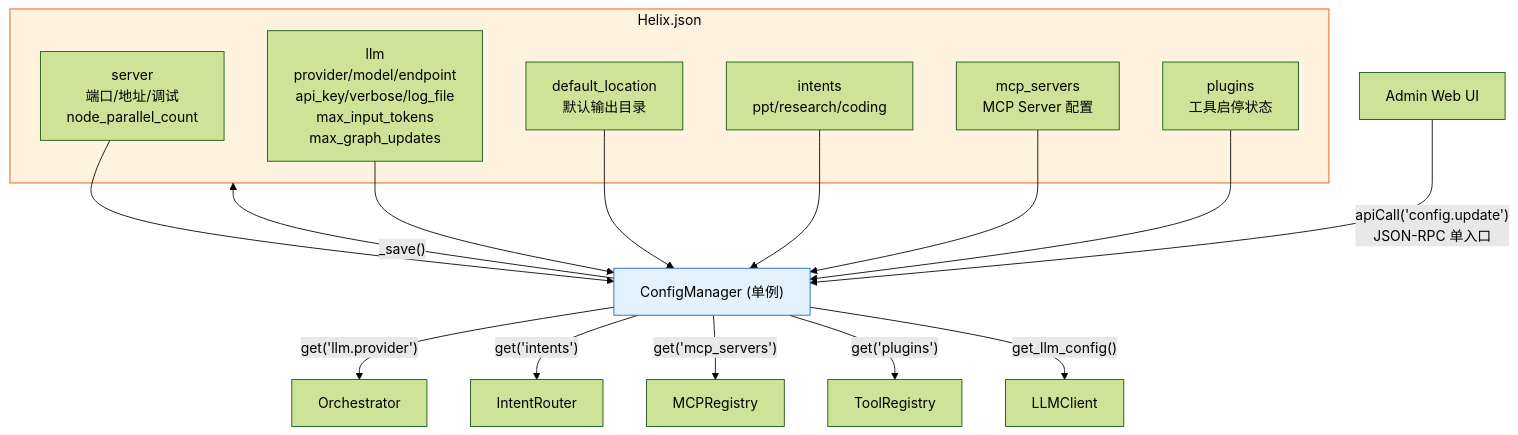
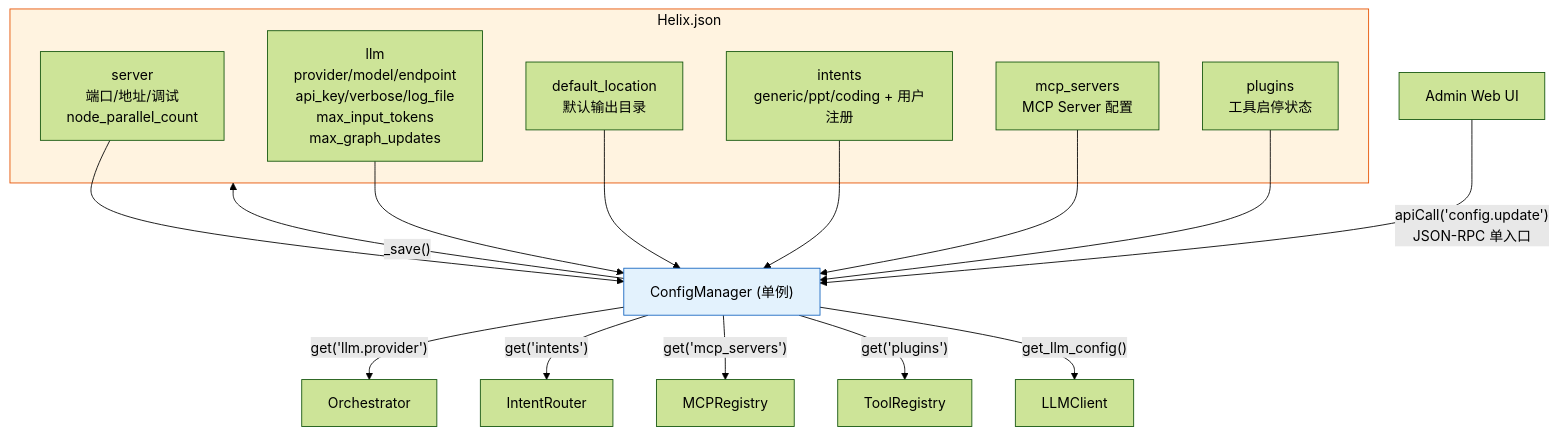
One commit to jimmylang74/Helix changed diagram 13 of 16 in doc/design.md. Above: the diagram before and after it, drawn with Mermaid (forest theme). The commit also changed other lines of this file and 24 other files, not shown here.

````diff
--- a/doc/design.md
+++ b/doc/design.md
@@ -905,32 +905,32 @@
 ```mermaid
 graph TB
     subgraph Config["Helix.json"]
         S["server<br/>端口/地址/调试<br/>node_parallel_count"]
         L["llm<br/>provider/model/endpoint<br/>api_key/verbose/log_file<br/>max_input_tokens<br/>max_graph_updates"]
         D["default_location<br/>默认输出目录"]
-        I["intents<br/>ppt/research/coding"]
+        I["intents<br/>generic/ppt/coding + 用户注册"]
         M["mcp_servers<br/>MCP Server 配置"]
         P["plugins<br/>工具启停状态"]
     end
 
     CM["ConfigManager (单例)"]
 
     S --> CM
     L --> CM
     D --> CM
     I --> CM
     M --> CM
     P --> CM
 
     CM -->|"get('llm.provider')"| ORCH["Orchestrator"]
     CM -->|"get('intents')"| IR["IntentRouter"]
     CM -->|"get('mcp_servers')"| MR["MCPRegistry"]
     CM -->|"get('plugins')"| TR["ToolRegistry"]
     CM -->|"get_llm_config()"| LLM["LLMClient"]
 
     ADMIN["Admin Web UI"] -->|"apiCall('config.update')<br/>JSON-RPC 单入口"| CM
     CM -->|"_save()"| Config
 
     style Config fill:#fff3e0,stroke:#e65100,color:#000
     style CM fill:#e3f2fd,stroke:#1565c0,color:#000
 ```
````
